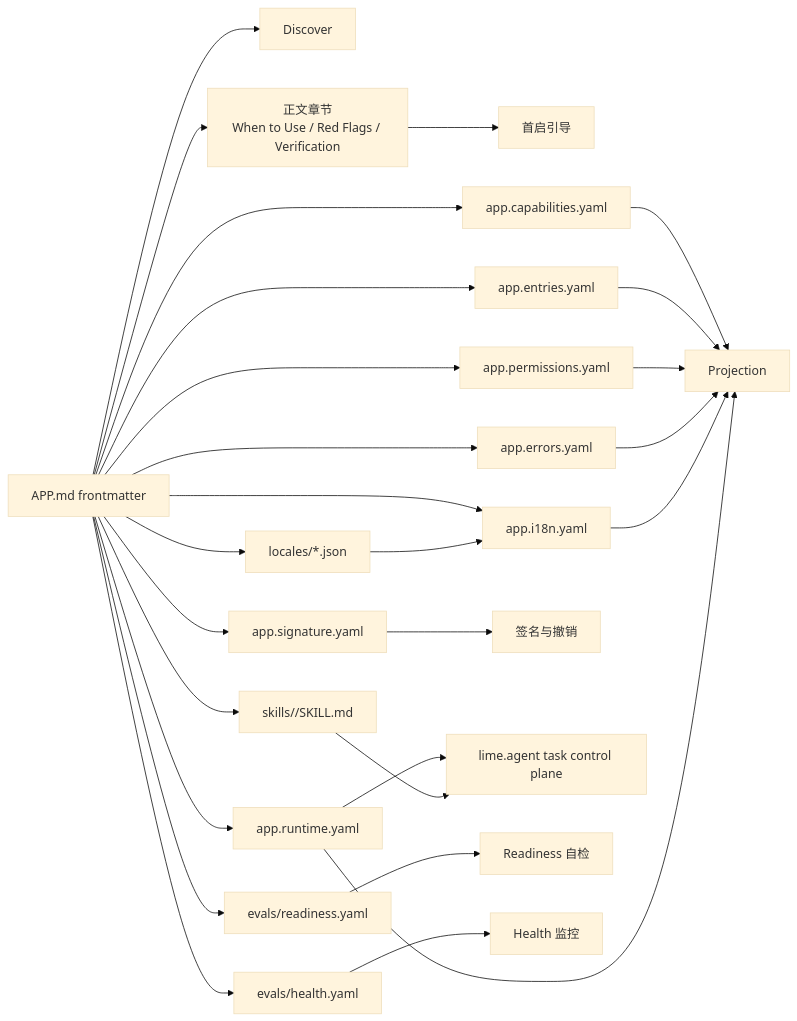
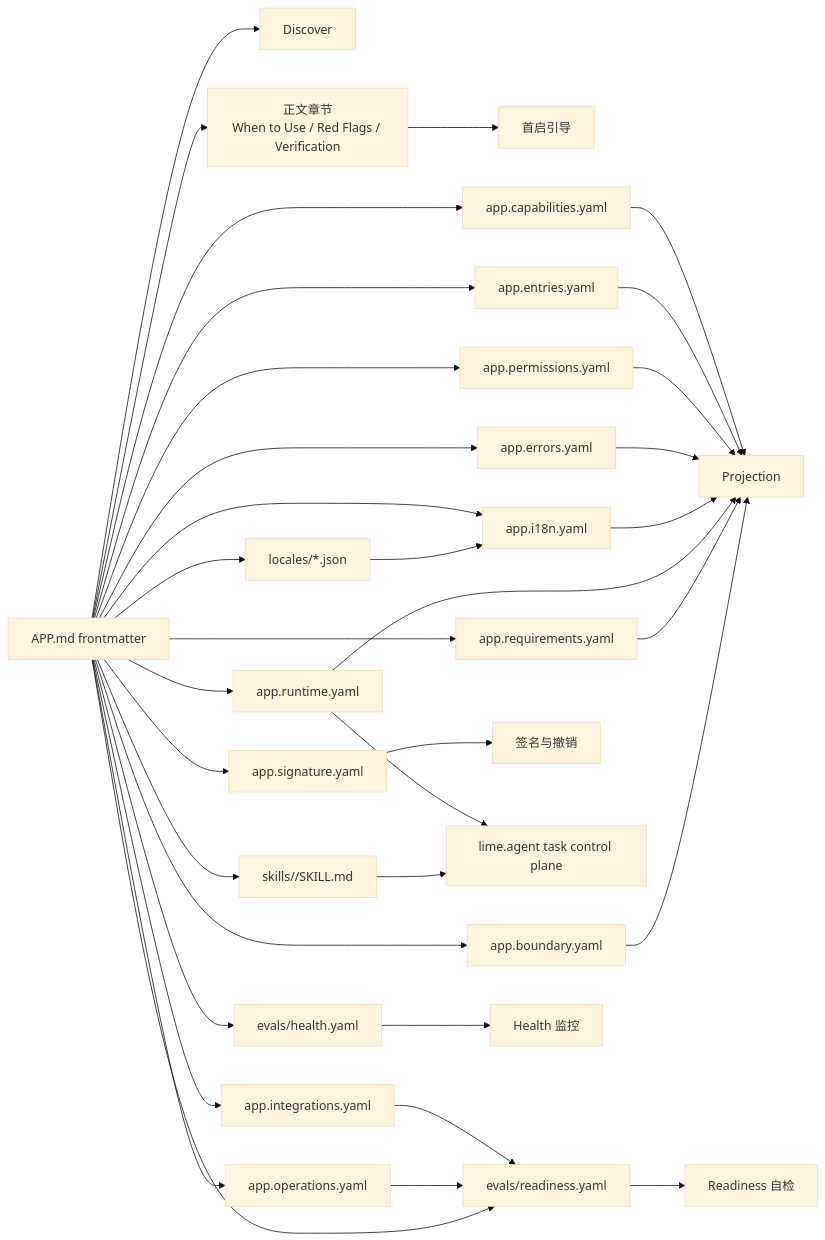
The tenth of 11 diagrams in docs/zh/architecture.md (limecloud/agentapp), drawn with Mermaid (base theme) before and after one commit. The commit also changed other lines of this file and 63 other files, not shown here.

````diff
--- a/docs/zh/architecture.md
+++ b/docs/zh/architecture.md
@@ -232,34 +298,42 @@
 ```mermaid
 flowchart LR
   APPMD[APP.md frontmatter] --> Discover
   APPMD --> Sections[正文章节<br/>When to Use / Red Flags / Verification]
   Sections --> Onboarding[首启引导]
 
   APPMD --> Capabilities[app.capabilities.yaml]
   APPMD --> Entries[app.entries.yaml]
   APPMD --> Permissions[app.permissions.yaml]
   APPMD --> Errors[app.errors.yaml]
   APPMD --> I18N[app.i18n.yaml]
   APPMD --> Sig[app.signature.yaml]
   APPMD --> Runtime[app.runtime.yaml]
+  APPMD --> Req[app.requirements.yaml]
+  APPMD --> Boundary[app.boundary.yaml]
+  APPMD --> Integrations[app.integrations.yaml]
+  APPMD --> Operations[app.operations.yaml]
 
   Capabilities --> Project[Projection]
   Entries --> Project
   Permissions --> Project
   Errors --> Project
   I18N --> Project
   Sig --> Verify[签名与撤销]
   Runtime --> Project
   Runtime --> AgentRT[lime.agent task control plane]
+  Req --> Project
+  Boundary --> Project
+  Integrations --> Readiness
+  Operations --> Readiness
 
   APPMD --> Readiness[evals/readiness.yaml]
   APPMD --> Health[evals/health.yaml]
   Readiness --> ReadyCheck[Readiness 自检]
   Health --> HealthCheck[Health 监控]
 
   APPMD --> Skills[skills/<name>/SKILL.md]
   Skills --> AgentRT
 
   APPMD --> Locales[locales/*.json]
   Locales --> I18N
 ```
````
